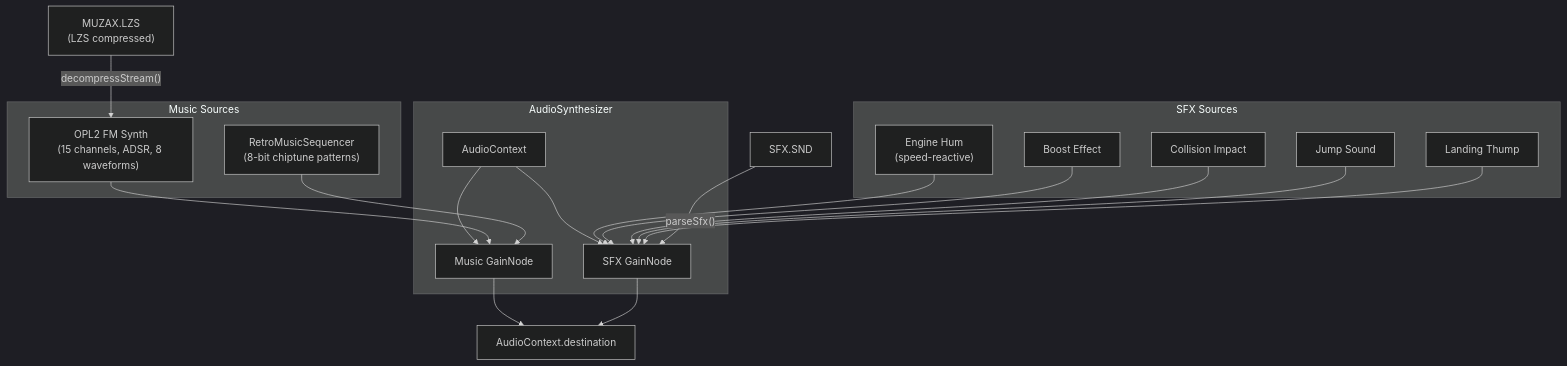
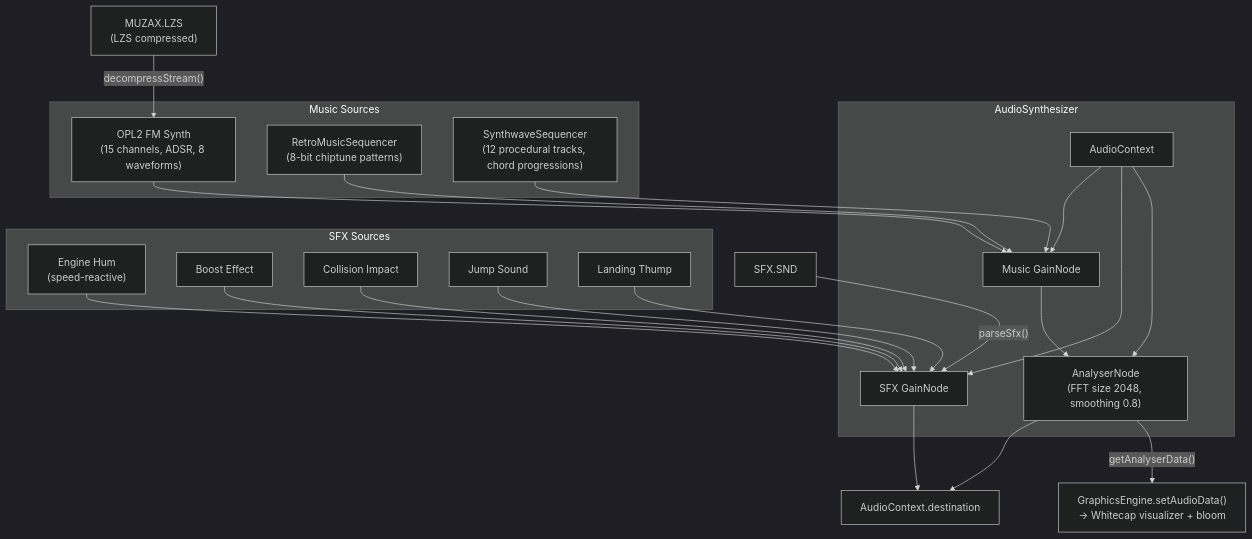
One commit to DasCReeD/space-paths changed the fifth of 6 diagrams in docs/architecture.md. Above: the diagram before and after it, drawn with Mermaid (dark theme). The commit also changed other lines of this file and 315 other files, not shown here.

Commit message:
feat: add real-time music visualizer, double-jumping, and audio-to-level generation tools, clean up butterchurn dependency

````diff
--- a/docs/architecture.md
+++ b/docs/architecture.md
@@ -177,34 +184,40 @@
 ```mermaid
 flowchart TD
     subgraph AudioSynthesizer
         CTX["AudioContext"] --> MUSIC_GAIN["Music GainNode"]
         CTX --> SFX_GAIN["SFX GainNode"]
+        CTX --> ANALYSER["AnalyserNode<br/>(FFT size 2048, smoothing 0.8)"]
     end
     
     subgraph "Music Sources"
         OPL["OPL2 FM Synth<br/>(15 channels, ADSR, 8 waveforms)"]
         RETRO["RetroMusicSequencer<br/>(8-bit chiptune patterns)"]
+        SYNTH["SynthwaveSequencer<br/>(12 procedural tracks, chord progressions)"]
     end
     
     subgraph "SFX Sources"
         ENGINE["Engine Hum<br/>(speed-reactive)"]
         BOOST["Boost Effect"]
         CRASH["Collision Impact"]
         JUMP["Jump Sound"]
         LAND["Landing Thump"]
     end
     
     OPL --> MUSIC_GAIN
     RETRO --> MUSIC_GAIN
-    MUSIC_GAIN --> DEST["AudioContext.destination"]
+    SYNTH --> MUSIC_GAIN
+    MUSIC_GAIN --> ANALYSER
+    ANALYSER --> DEST["AudioContext.destination"]
     
     ENGINE --> SFX_GAIN
     BOOST --> SFX_GAIN
     CRASH --> SFX_GAIN
     JUMP --> SFX_GAIN
     LAND --> SFX_GAIN
     SFX_GAIN --> DEST
     
     DOS["MUZAX.LZS<br/>(LZS compressed)"] -->|"decompressStream()"| OPL
     SND["SFX.SND"] -->|"parseSfx()"| SFX_GAIN
+    
+    ANALYSER -->|"getAnalyserData()"| GFX["GraphicsEngine.setAudioData()<br/>→ Whitecap visualizer + bloom"]
 ```
````
